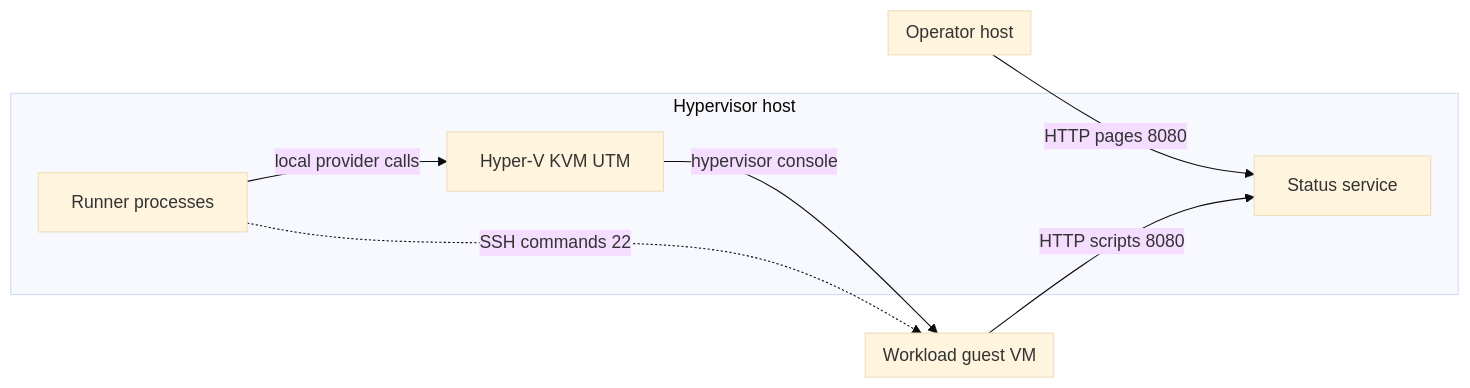
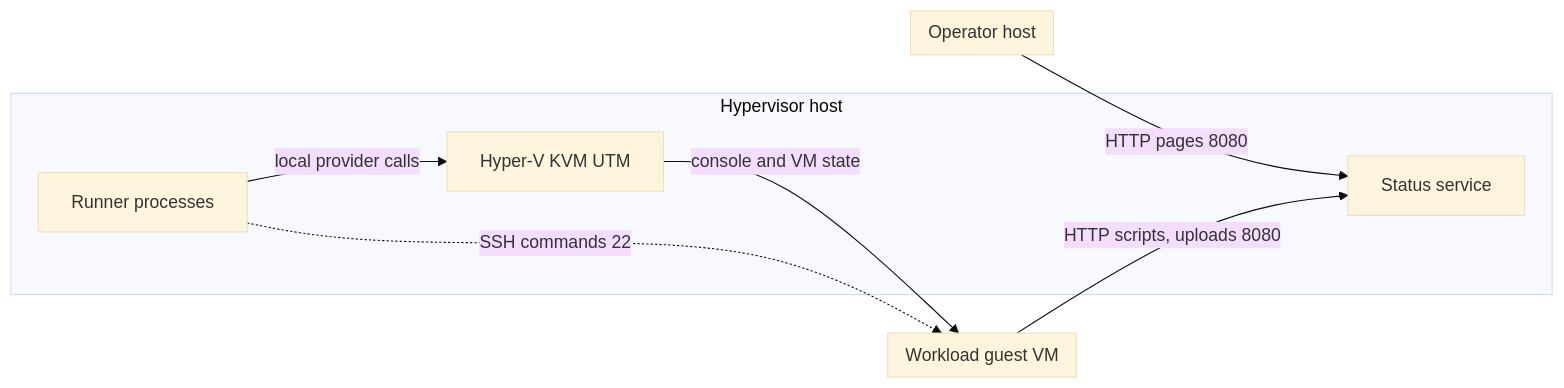
Before and after one commit to alissonsol/yuruna: the first of 9 diagrams in docs/design/06-deployment.md, drawn with Mermaid (base theme). The commit also changed other lines of this file and 1409 other files, not shown here.

````diff
--- a/docs/design/06-deployment.md
+++ b/docs/design/06-deployment.md
@@ -14,18 +14,18 @@
 ```mermaid
 flowchart LR
     subgraph operator-host["Operator host"]
     end
     subgraph host["Hypervisor host"]
         start-test-runner-ps1["Runner processes"]
         yuruna-host-psm1["Hyper-V KVM UTM"]
         start-status-service-ps1["Status service"]
     end
     subgraph guest["Workload guest VM"]
     end
     operator-host -->|HTTP pages 8080| start-status-service-ps1
     start-test-runner-ps1 -->|local provider calls| yuruna-host-psm1
-    yuruna-host-psm1 -->|hypervisor console| guest
+    yuruna-host-psm1 -->|console and VM state| guest
     %% optional: sequences select the SSH keystroke mechanism.
     start-test-runner-ps1 -.->|SSH commands 22| guest
-    guest -->|HTTP scripts 8080| start-status-service-ps1
+    guest -->|HTTP scripts, uploads 8080| start-status-service-ps1
 ```
````
